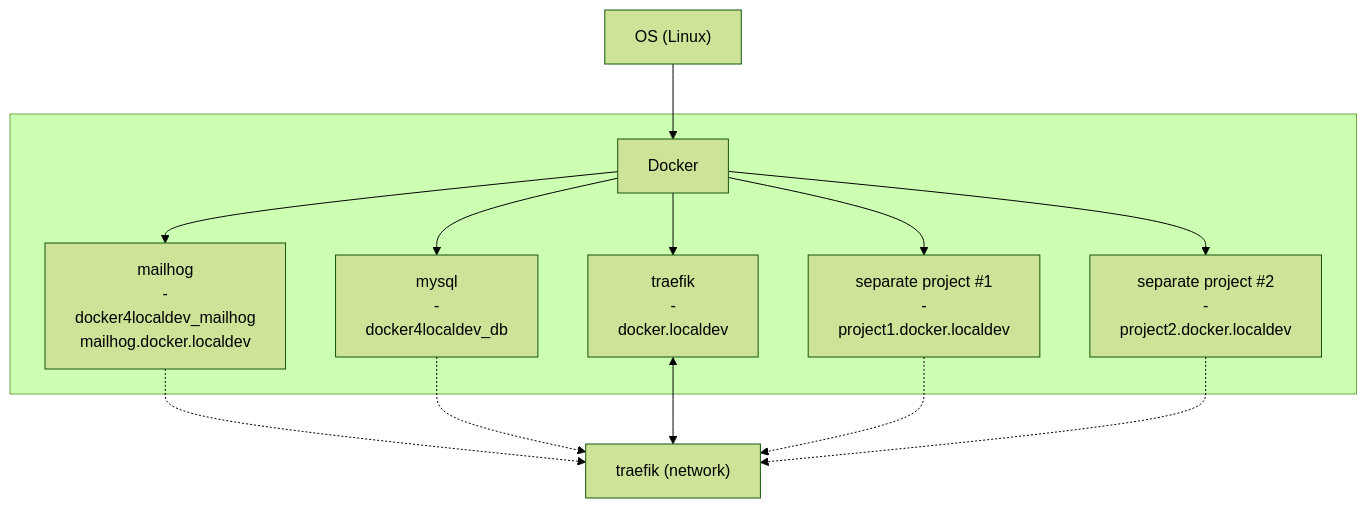
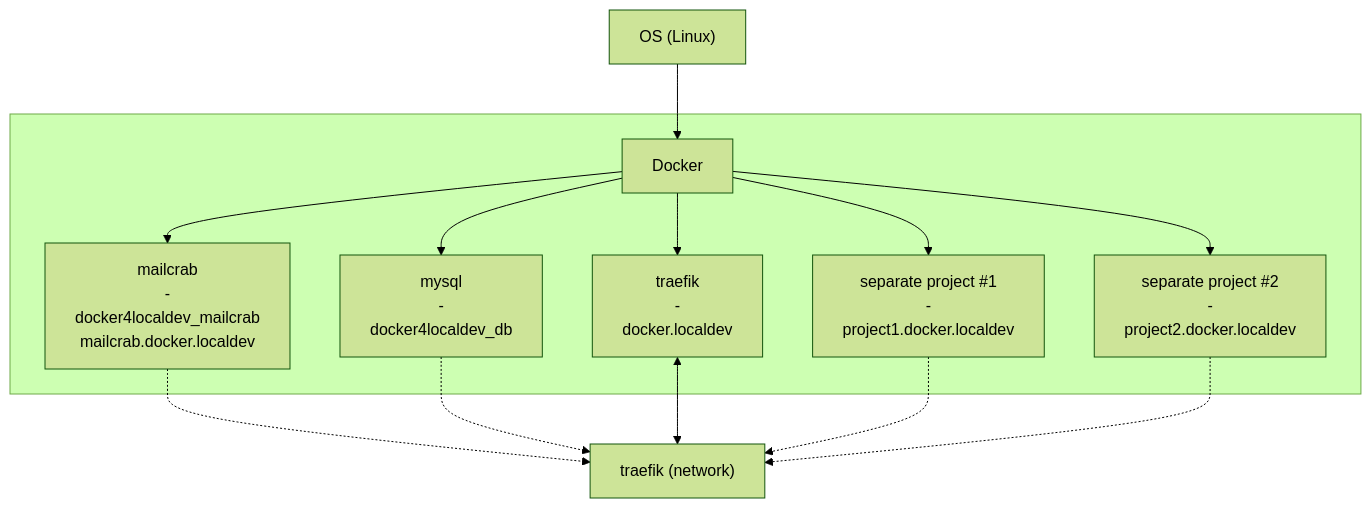
Before and after one commit to akositey/docker4localdev: the diagram in README.md, drawn with Mermaid (forest theme). The commit also changed other lines of this file and 1 other file, not shown here.

````diff
--- a/README.md
+++ b/README.md
@@ -10,18 +10,18 @@
 ```mermaid
 graph TD;
     OS["OS (Linux)"]-->Docker
     subgraph A[  ]
         Docker-->traefik["traefik \n - \n docker.localdev"]
-        Docker-->mailhog["mailhog \n - \n docker4localdev_mailhog \n mailhog.docker.localdev "]
+        Docker-->mailcrab["mailcrab \n - \n docker4localdev_mailcrab \n mailcrab.docker.localdev "]
         Docker-->db["mysql \n - \n docker4localdev_db"]
         Docker-->Project1["separate project #1 \n - \n project1.docker.localdev"]
         Docker-->Project2["separate project #2 \n - \n project2.docker.localdev"]
     end
 
-    mailhog-.->traefik_network
+    mailcrab-.->traefik_network
     db-.->traefik_network
     traefik<-->traefik_network["traefik (network)"]
     Project1-.->traefik_network
     Project2-.->traefik_network
 
 ```
````
